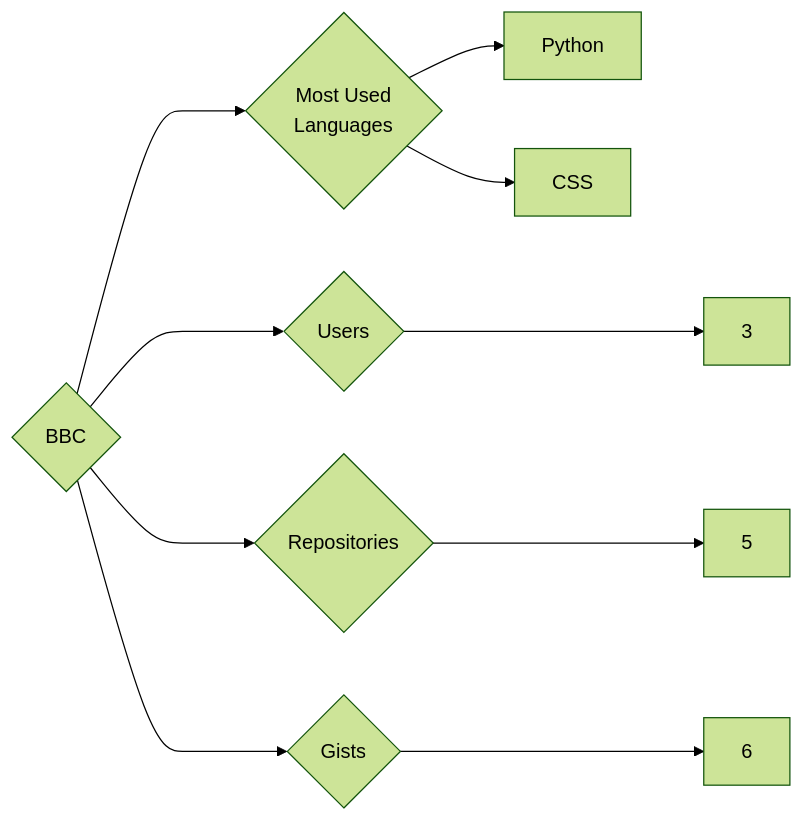
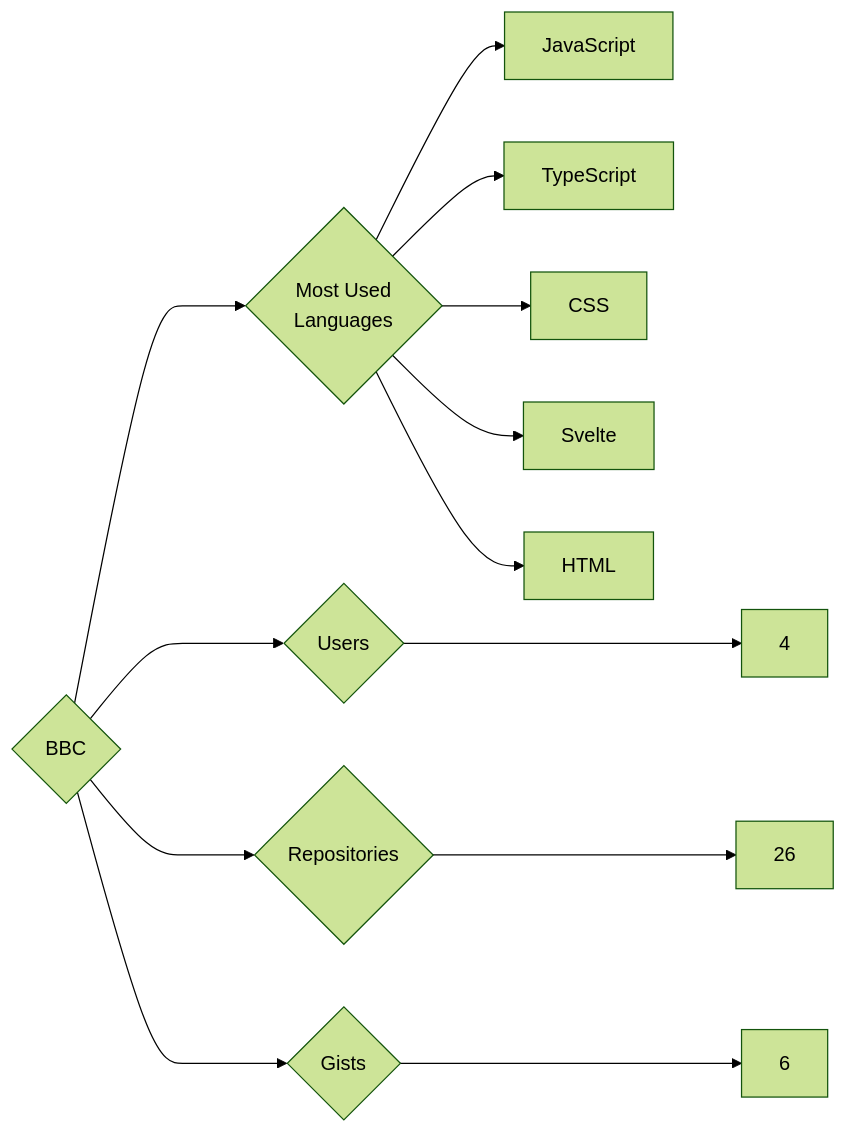
One commit to trickest/insiders changed the diagram in targets/BBC/README.md. Above: the diagram before and after it, drawn with Mermaid (forest theme). The commit also changed 559 other files, not shown here.

````diff
--- a/targets/BBC/README.md
+++ b/targets/BBC/README.md
@@ -3,10 +3,13 @@
 ```mermaid
 graph LR
 COMPANY_NAME{BBC}
-COMPANY_NAME ---> U{Users} ---> UN[3]
-COMPANY_NAME ---> R{Repositories} ---> RN[5]
+COMPANY_NAME ---> U{Users} ---> UN[4]
+COMPANY_NAME ---> R{Repositories} ---> RN[26]
 COMPANY_NAME ---> G{Gists} ---> GN[6]
 COMPANY_NAME ---> ML{Most Used<br>Languages}
-ML --> Python[Python]
+ML --> JavaScript[JavaScript]
+ML --> TypeScript[TypeScript]
 ML --> CSS[CSS]
+ML --> Svelte[Svelte]
+ML --> HTML[HTML]
 ```
````
